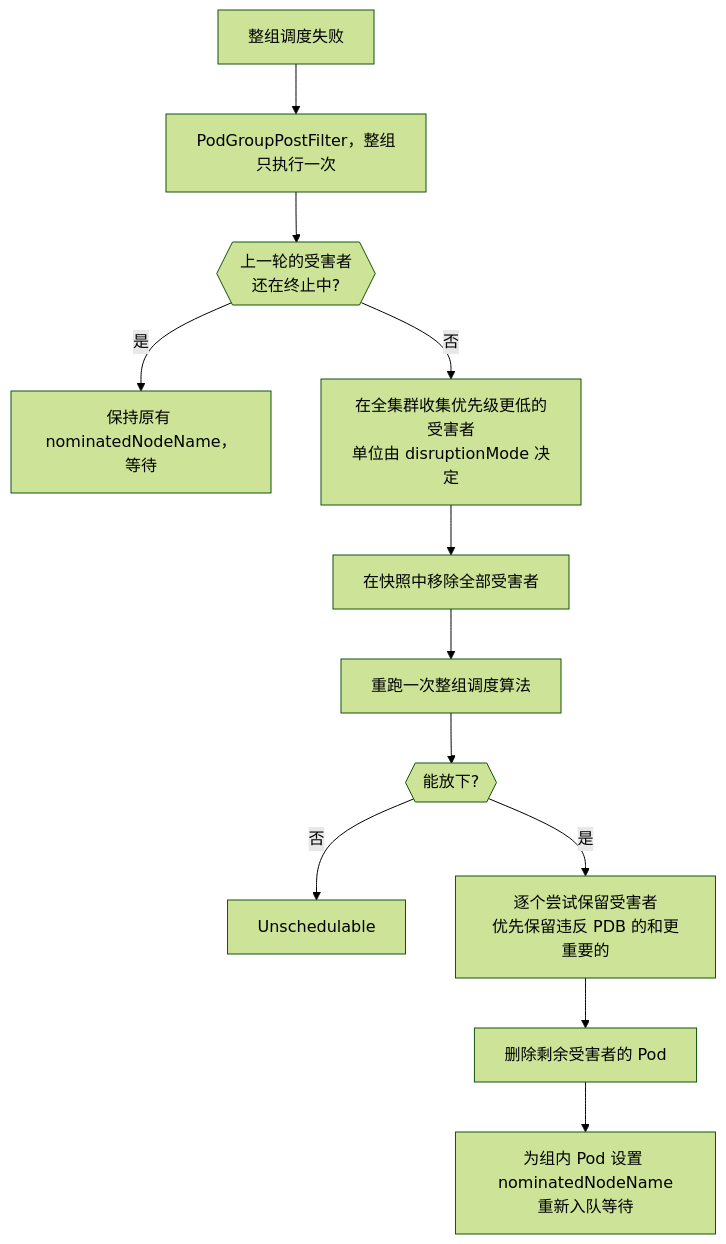
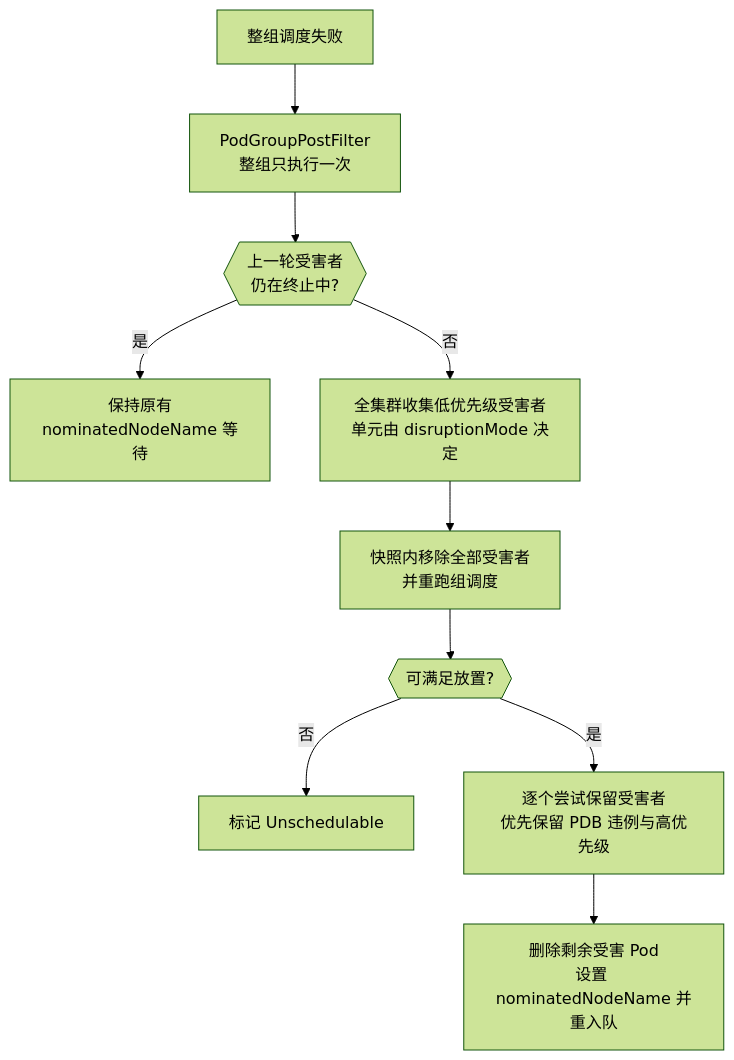
Before and after one commit to JesseStutler/volcano: diagram 11 of 15 in docs/research/k8s-workload-aware-scheduling-vs-volcano-cn.md, drawn with Mermaid (forest theme). The commit also changed other lines of this file and 1 other file, not shown here.

First line of the commit message:
docs: improve readability of upstream PodGroup vs Volcano report

````diff
--- a/docs/research/k8s-workload-aware-scheduling-vs-volcano-cn.md
+++ b/docs/research/k8s-workload-aware-scheduling-vs-volcano-cn.md
@@ -567,14 +488,12 @@
 ```mermaid
 flowchart TD
-    A["整组调度失败"] --> B["PodGroupPostFilter，整组只执行一次"]
-    B --> C{{"上一轮的受害者<br/>还在终止中?"}}
-    C -- 是 --> D["保持原有 nominatedNodeName，等待"]
-    C -- 否 --> E["在全集群收集优先级更低的受害者<br/>单位由 disruptionMode 决定"]
-    E --> F["在快照中移除全部受害者"]
-    F --> G["重跑一次整组调度算法"]
-    G --> H{{"能放下?"}}
-    H -- 否 --> I["Unschedulable"]
-    H -- 是 --> J["逐个尝试保留受害者<br/>优先保留违反 PDB 的和更重要的"]
-    J --> K["删除剩余受害者的 Pod"]
-    K --> L["为组内 Pod 设置 nominatedNodeName<br/>重新入队等待"]
+    A["整组调度失败"] --> B["PodGroupPostFilter<br/>整组只执行一次"]
+    B --> C{{"上一轮受害者<br/>仍在终止中?"}}
+    C -- 是 --> D["保持原有<br/>nominatedNodeName 等待"]
+    C -- 否 --> E["全集群收集低优先级受害者<br/>单元由 disruptionMode 决定"]
+    E --> F["快照内移除全部受害者<br/>并重跑组调度"]
+    F --> G{{"可满足放置?"}}
+    G -- 否 --> H["标记 Unschedulable"]
+    G -- 是 --> I["逐个尝试保留受害者<br/>优先保留 PDB 违例与高优先级"]
+    I --> J["删除剩余受害 Pod<br/>设置 nominatedNodeName 并重入队"]
 ```
````
